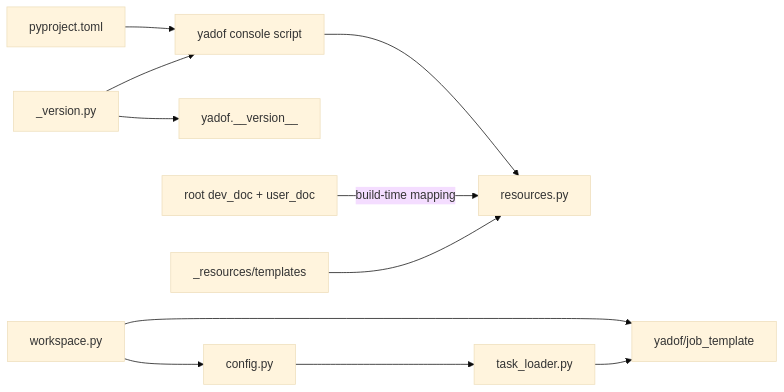
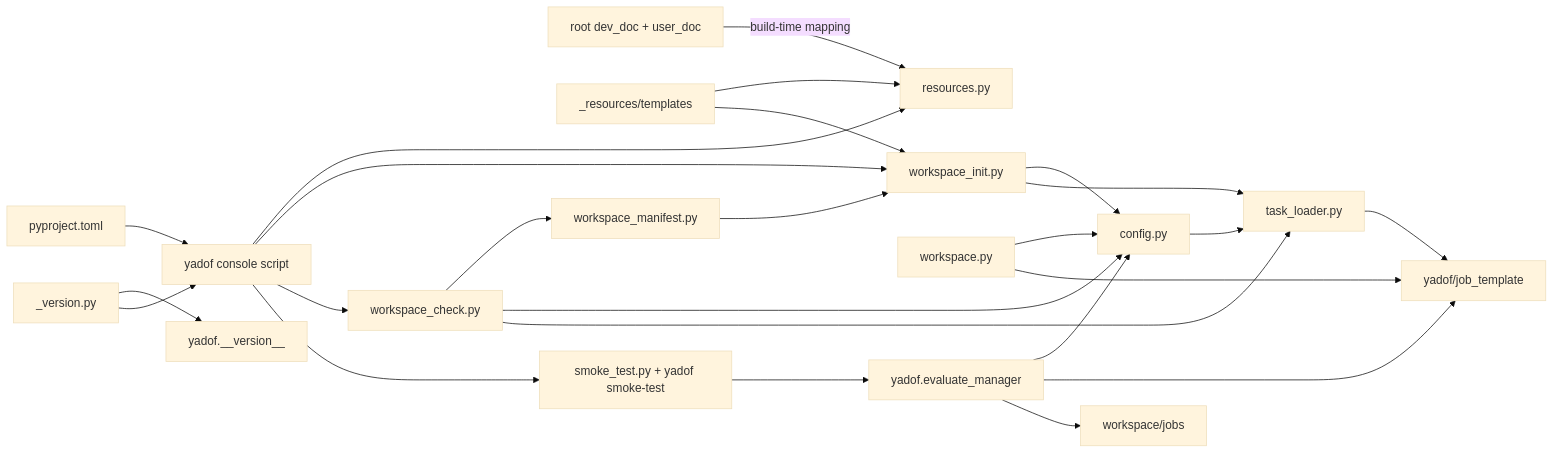
One commit to YS-Pan/yadof changed the first of 7 diagrams in dev_doc/architecture/c4_component.md. Above: the diagram before and after it, drawn with Mermaid (base theme). The commit also changed other lines of this file and 55 other files, not shown here.

````diff
--- a/dev_doc/architecture/c4_component.md
+++ b/dev_doc/architecture/c4_component.md
@@ -5,13 +5,27 @@
 ```mermaid
 flowchart LR
     Metadata["pyproject.toml"] --> Console["yadof console script"]
     Version["_version.py"] --> Public["yadof.__version__"]
     Version --> Console
     Console --> Resources["resources.py"]
     RootDocs["root dev_doc + user_doc"] -->|build-time mapping| Resources
     Templates["_resources/templates"] --> Resources
+    Templates --> Init["workspace_init.py"]
     Workspace["workspace.py"] --> Config["config.py"]
     Config --> TaskLoader["task_loader.py"]
     Workspace --> JobTemplate["yadof/job_template"]
     TaskLoader --> JobTemplate
+    Marker["workspace_manifest.py"] --> Init
+    Init --> Config
+    Init --> TaskLoader
+    Check["workspace_check.py"] --> Marker
+    Check --> Config
+    Check --> TaskLoader
+    Console --> Init
+    Console --> Check
+    Console --> Smoke["smoke_test.py + yadof smoke-test"]
+    Smoke --> PackagedEvaluate["yadof.evaluate_manager"]
+    PackagedEvaluate --> Config
+    PackagedEvaluate --> JobTemplate
+    PackagedEvaluate --> WorkspaceJobs["workspace/jobs"]
 ```
````
